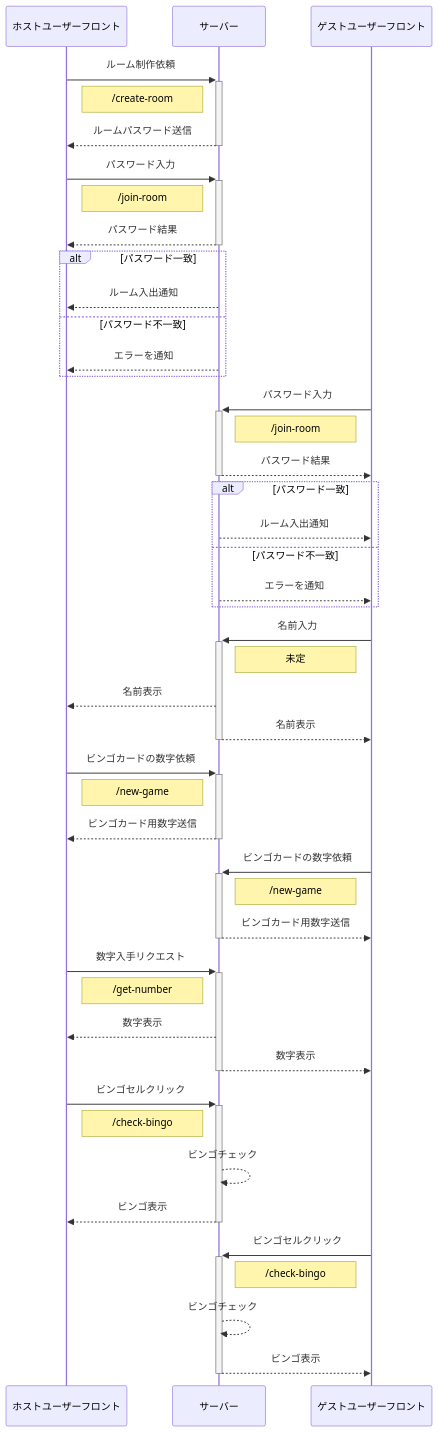
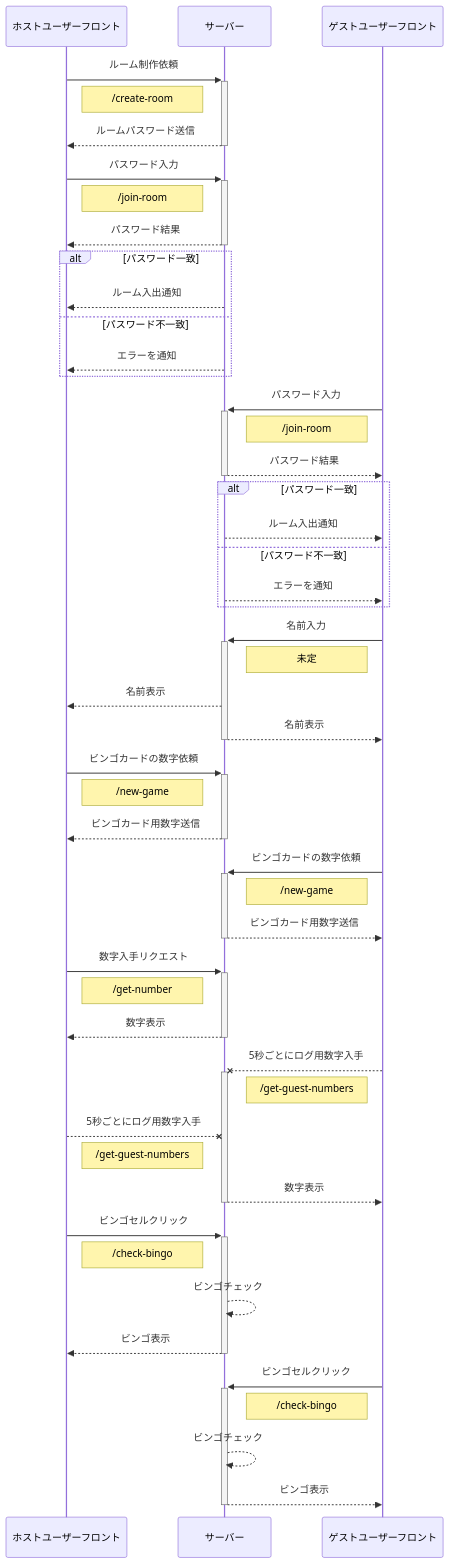
The diagram in README.md (MizugutiK/Bingo), drawn with Mermaid before and after one commit.

Commit message:
シーケンス図調整

````diff
--- a/README.md
+++ b/README.md
@@ -4,55 +4,59 @@
 ```mermaid
 sequenceDiagram;
 participant ホストユーザーフロント
 participant サーバー
 participant ゲストユーザーフロント
 
 ホストユーザーフロント  ->>+     サーバー:ルーム制作依頼
 Note right of ホストユーザーフロント:/create-room
 サーバー               -->>-     ホストユーザーフロント:ルームパスワード送信
 
 ホストユーザーフロント  ->>+     サーバー:パスワード入力
 Note right of ホストユーザーフロント:/join-room
 サーバー               -->>-     ホストユーザーフロント:パスワード結果
 alt パスワード一致　
 サーバー　-->>  ホストユーザーフロント:ルーム入出通知
 else パスワード不一致
 サーバー -->>   ホストユーザーフロント:エラーを通知
 end
 
 ゲストユーザーフロント  ->>+     サーバー:パスワード入力
 Note left of ゲストユーザーフロント:/join-room
 サーバー               -->>-     ゲストユーザーフロント:パスワード結果
 alt パスワード一致　
 サーバー　-->>  ゲストユーザーフロント:ルーム入出通知
 else パスワード不一致
 サーバー -->>   ゲストユーザーフロント:エラーを通知
 end
 
 ゲストユーザーフロント  ->>+     サーバー:名前入力
 Note left of ゲストユーザーフロント:未定
 サーバー               -->>      ホストユーザーフロント:名前表示
 サーバー               -->>-      ゲストユーザーフロント:名前表示
 
 ホストユーザーフロント  ->>+     サーバー:ビンゴカードの数字依頼
 Note right of ホストユーザーフロント:/new-game
 サーバー               -->>-     ホストユーザーフロント:ビンゴカード用数字送信
 ゲストユーザーフロント  ->>+     サーバー:ビンゴカードの数字依頼
 Note left of ゲストユーザーフロント:/new-game
 サーバー               -->>-     ゲストユーザーフロント:ビンゴカード用数字送信
 
 ホストユーザーフロント  ->>+     サーバー:数字入手リクエスト
 Note right of ホストユーザーフロント:/get-number
-サーバー               -->>     ホストユーザーフロント:数字表示
+サーバー               -->>-     ホストユーザーフロント:数字表示
+ゲストユーザーフロント  --x+ 　　　サーバー:5秒ごとにログ用数字入手
+note left of ゲストユーザーフロント:/get-guest-numbers
+ホストユーザーフロント  --x 　　　サーバー:5秒ごとにログ用数字入手
+note right of   ホストユーザーフロント:/get-guest-numbers
 サーバー               -->>-     ゲストユーザーフロント:数字表示
 
 ホストユーザーフロント  ->>+     サーバー:ビンゴセルクリック
 Note right of ホストユーザーフロント:/check-bingo
 サーバー               -->>     サーバー:ビンゴチェック
 サーバー               -->>-     ホストユーザーフロント:ビンゴ表示
 
 ゲストユーザーフロント  ->>+     サーバー:ビンゴセルクリック
 Note left of ゲストユーザーフロント:/check-bingo
 サーバー               -->>     サーバー:ビンゴチェック
 サーバー               -->>-     ゲストユーザーフロント:ビンゴ表示
 ```
````
